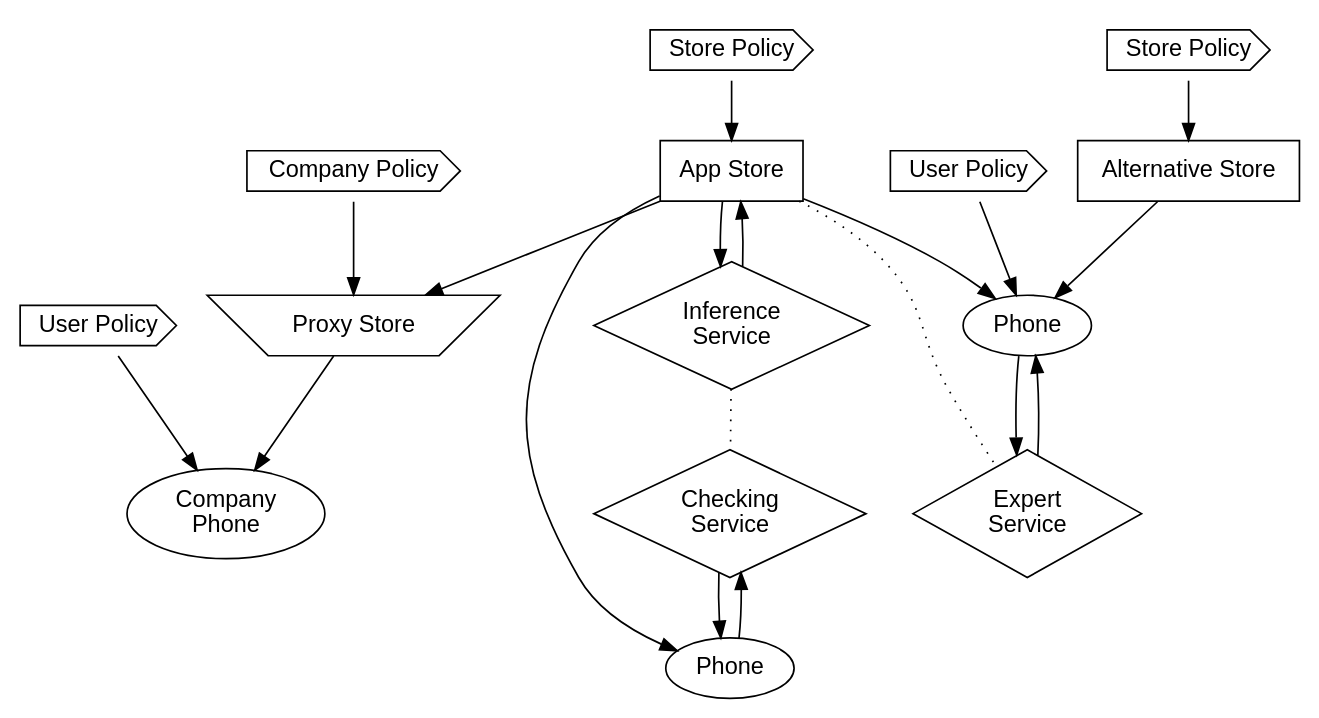
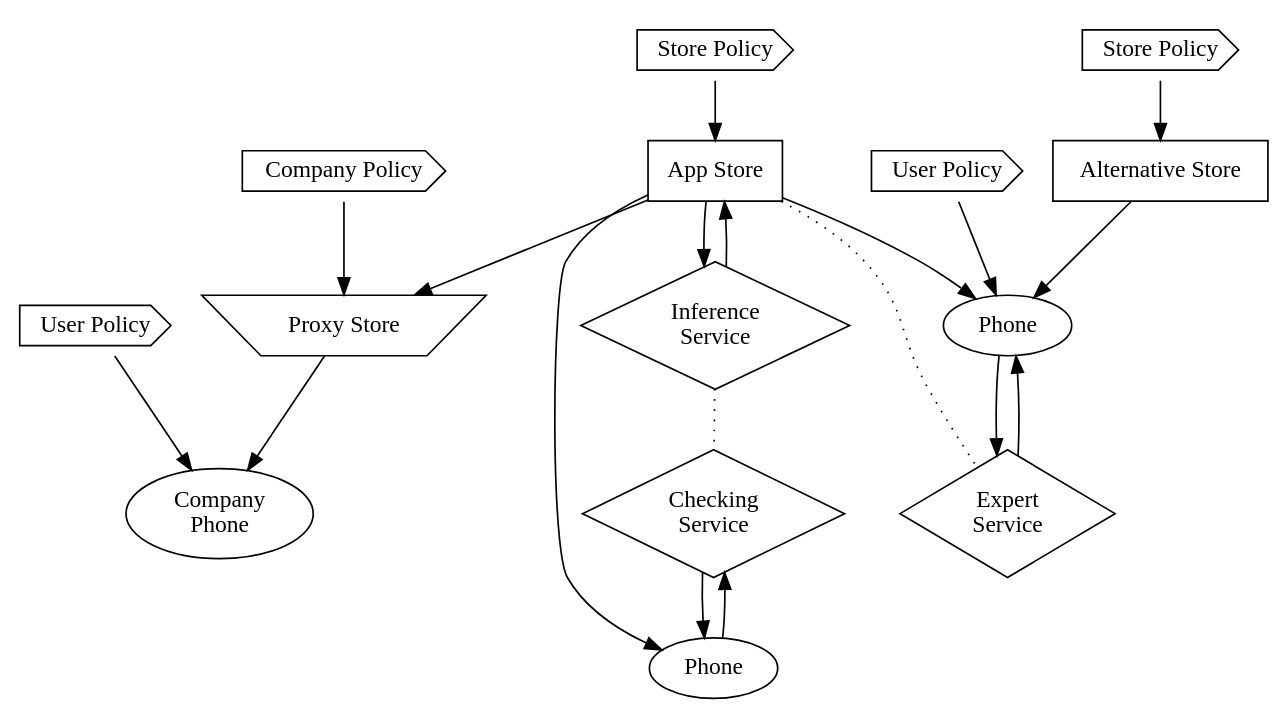
Before and after one commit to bogwonch/first-year-report: the diagram in img/appguarden.dot, drawn with Graphviz. The commit also changed 21 other files, not shown here.

```diff
--- a/img/appguarden.dot
+++ b/img/appguarden.dot
@@ -1,47 +1,47 @@
 digraph appguarden {
   overlap = false;
   splines = true;
 
-  altStore      [label="Alternative Store"  shape=box          fontname="Helvetica"]
-  appStore      [label="App Store"          shape=box          fontname="Helvetica"]
-  checker       [label="Checking\nService"  shape=diamond      fontname="Helvetica"]
-  companyPolicy [label="Company Policy"     shape=cds          fontname="Helvetica"]
-  expert        [label="Expert\nService"    shape=diamond      fontname="Helvetica"]
-  inferer       [label="Inference\nService" shape=diamond      fontname="Helvetica"]
-  phone         [label="Phone"              shape=oval         fontname="Helvetica"]
-  phone2        [label="Phone"              shape=oval         fontname="Helvetica"]
-  phone4        [label="Company\nPhone"     shape=oval         fontname="Helvetica"]
-  policy1       [label="Store Policy"       shape=cds          fontname="Helvetica"]
-  policy2       [label="Store Policy"       shape=cds          fontname="Helvetica"]
-  proxyStore    [label="Proxy Store"        shape=invtrapezium fontname="Helvetica"]
-  userPolicy    [label="User Policy"        shape=cds          fontname="Helvetica"]
-  userPolicy2   [label="User Policy"        shape=cds          fontname="Helvetica"]
+  altStore      [label="Alternative Store"  shape=box          fontname="LMSans10-Regular"]
+  appStore      [label="App Store"          shape=box          fontname="LMSans10-Regular"]
+  checker       [label="Checking\nService"  shape=diamond      fontname="LMSans10-Regular"]
+  companyPolicy [label="Company Policy"     shape=cds          fontname="LMSans10-Regular"]
+  expert        [label="Expert\nService"    shape=diamond      fontname="LMSans10-Regular"]
+  inferer       [label="Inference\nService" shape=diamond      fontname="LMSans10-Regular"]
+  phone         [label="Phone"              shape=oval         fontname="LMSans10-Regular"]
+  phone2        [label="Phone"              shape=oval         fontname="LMSans10-Regular"]
+  phone4        [label="Company\nPhone"     shape=oval         fontname="LMSans10-Regular"]
+  policy1       [label="Store Policy"       shape=cds          fontname="LMSans10-Regular"]
+  policy2       [label="Store Policy"       shape=cds          fontname="LMSans10-Regular"]
+  proxyStore    [label="Proxy Store"        shape=invtrapezium fontname="LMSans10-Regular"]
+  userPolicy    [label="User Policy"        shape=cds          fontname="LMSans10-Regular"]
+  userPolicy2   [label="User Policy"        shape=cds          fontname="LMSans10-Regular"]
 
 /*
   {rank=same appStore      policy2}
   {rank=same companyPolicy proxyStore}
   {rank=same policy1       altStore}
   {rank=same userPolicy    phone}
   {rank=same userPolicy2   phone4}
   */
 
   altStore      -> phone;
   appStore      -> expert  [arrowhead=none style=dotted];
   appStore      -> inferer;
   appStore      -> phone2;
   appStore      -> phone;
   appStore      -> proxyStore;
   checker       -> phone2;
   companyPolicy -> proxyStore;
   expert        -> phone;
   inferer       -> appStore;
   inferer       -> checker [arrowhead=none style=dotted];
   phone2        -> checker;
   phone        -> expert;
   policy1       -> appStore;
   policy2       -> altStore;
   proxyStore    -> phone4;
   userPolicy    -> phone;
   userPolicy2   -> phone4;
 
 }
```
